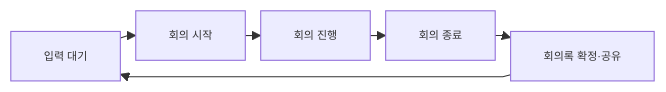
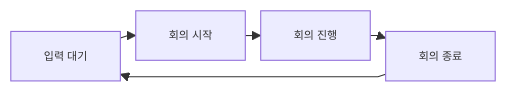
The second of 4 diagrams in ZENAI/에이전트 설계/회의록 에이전트 설계/1-1. 회의록 에이전트 업무 개요.md (ericyum/Obsidian), drawn with Mermaid before and after one commit. The commit also changed other lines of this file and 5 other files, not shown here.

````diff
--- a/ZENAI/에이전트 설계/회의록 에이전트 설계/1-1. 회의록 에이전트 업무 개요.md
+++ b/ZENAI/에이전트 설계/회의록 에이전트 설계/1-1. 회의록 에이전트 업무 개요.md
@@ -73,9 +72,8 @@
 ```mermaid
 %%{init: {"flowchart": {"useMaxWidth": true, "nodeSpacing": 10, "rankSpacing": 14, "curve": "linear"}, "themeVariables": {"fontSize": "10px"}}}%%
 flowchart LR
     I["입력 대기"] --> A["회의 시작"]
     A --> B["회의 진행"]
     B --> C["회의 종료"]
-    C --> D["회의록 확정·공유"]
-    D --> I
+    C --> I
 ```
````
